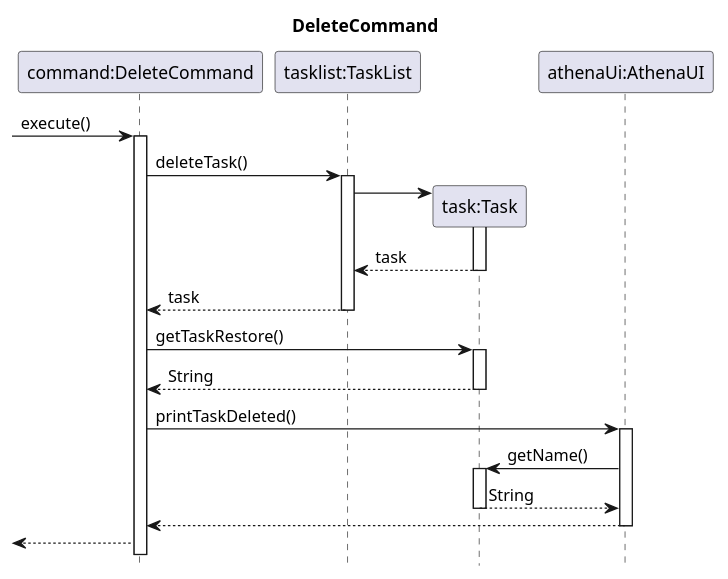
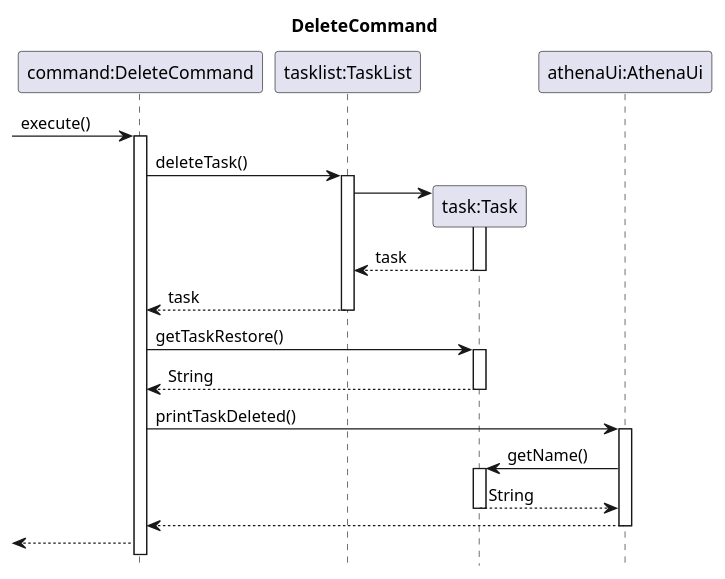
One commit to wish2023/tp changed the diagram in docs/sequenceDiagrams/DeleteCommand.puml. Above: the diagram before and after it, drawn with PlantUML. The commit also changed 7 other files, not shown here.

```diff
--- a/docs/sequenceDiagrams/DeleteCommand.puml
+++ b/docs/sequenceDiagrams/DeleteCommand.puml
@@ -1,26 +1,26 @@
 @startuml
 hide footbox
 title DeleteCommand
 participant "command:DeleteCommand" as DeleteCommand
 participant "tasklist:TaskList" as TaskList
 participant "task:Task" as Task
-participant "athenaUi:AthenaUI" as AthenaUI
+participant "athenaUi:AthenaUi" as AthenaUI
 
 ->DeleteCommand: execute()
 activate DeleteCommand
 DeleteCommand->TaskList: deleteTask()
 activate TaskList
 TaskList->Task**
 activate Task
 return task
 return task
 DeleteCommand->Task++:getTaskRestore()
 return String
 DeleteCommand->AthenaUI++: printTaskDeleted()
 AthenaUI->Task++:getName()
 return String
 AthenaUI-->DeleteCommand--:
 <--DeleteCommand:
 
 
 @enduml
```
